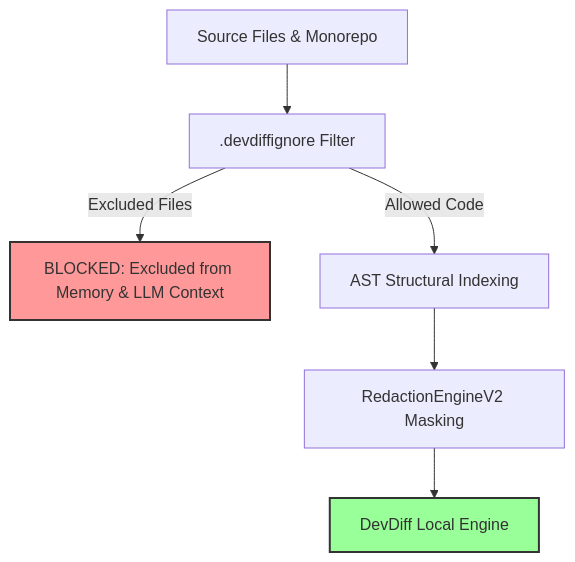
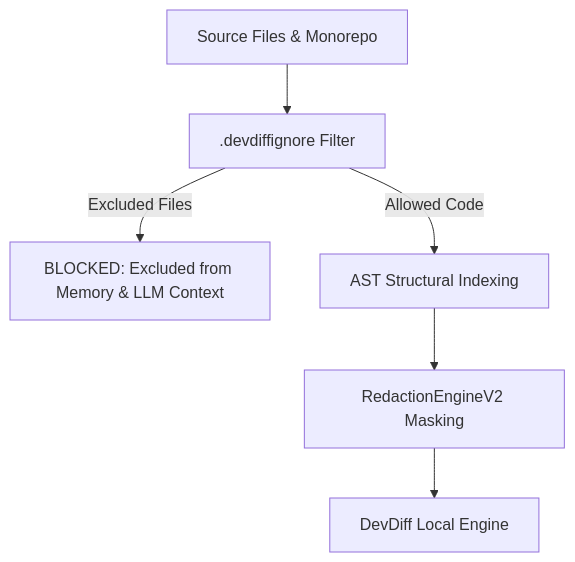
The diagram in docs/security/proprietary-code-protection.md (EldrexDelosReyesBula/DevDiff), drawn with Mermaid before and after one commit. The commit also changed other lines of this file and 187 other files, not shown here.

First line of the commit message:
release: v1.8.0 — multi-registry distribution, plugin architecture & documentation overhaul

````diff
--- a/docs/security/proprietary-code-protection.md
+++ b/docs/security/proprietary-code-protection.md
@@ -9,11 +9,8 @@
 ```mermaid
 flowchart TD
     Files[Source Files & Monorepo] --> IgnoreFilter[.devdiffignore Filter]
     IgnoreFilter -->|Excluded Files| Excluded[BLOCKED: Excluded from Memory & LLM Context]
     IgnoreFilter -->|Allowed Code| AST[AST Structural Indexing]
     AST --> Redact[RedactionEngineV2 Masking]
     Redact --> LocalEngine[DevDiff Local Engine]
-
-    style Excluded fill:#f99,stroke:#333,stroke-width:2px
-    style LocalEngine fill:#9f9,stroke:#333,stroke-width:2px
 ```
````
